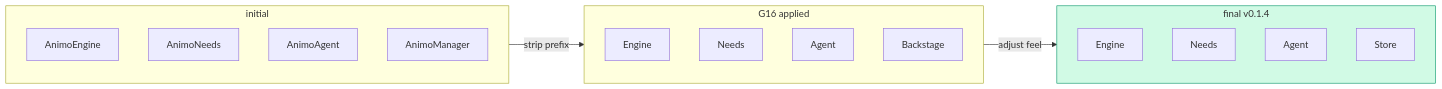
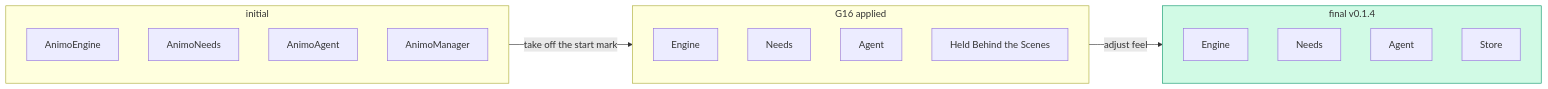
Diagram 49 of 56 in docs/animo_spec.md (hiroxpepe/animo), drawn with Mermaid before and after one commit. The commit also changed other lines of this file, not shown here.

Commit message:
fix: Update the mermaid diagram text to fit Basic English

````diff
--- a/docs/animo_spec.md
+++ b/docs/animo_spec.md
@@ -3068,24 +3068,24 @@
 ```mermaid
 flowchart LR
   subgraph Iter1["initial"]
     A1["AnimoEngine"]
     A2["AnimoNeeds"]
     A3["AnimoAgent"]
     A4["AnimoManager"]
   end
   subgraph Iter2["G16 applied"]
     B1["Engine"]
     B2["Needs"]
     B3["Agent"]
-    B4["Backstage"]
+    B4["Held Behind the Scenes"]
   end
   subgraph Iter3["final v0.1.4"]
     C1["Engine"]
     C2["Needs"]
     C3["Agent"]
     C4["Store"]
   end
-  Iter1 -->|"strip prefix"| Iter2
+  Iter1 -->|"take off the start mark"| Iter2
   Iter2 -->|"adjust feel"| Iter3
   style Iter3 fill:#d1fae5,stroke:#059669
 ```
````
